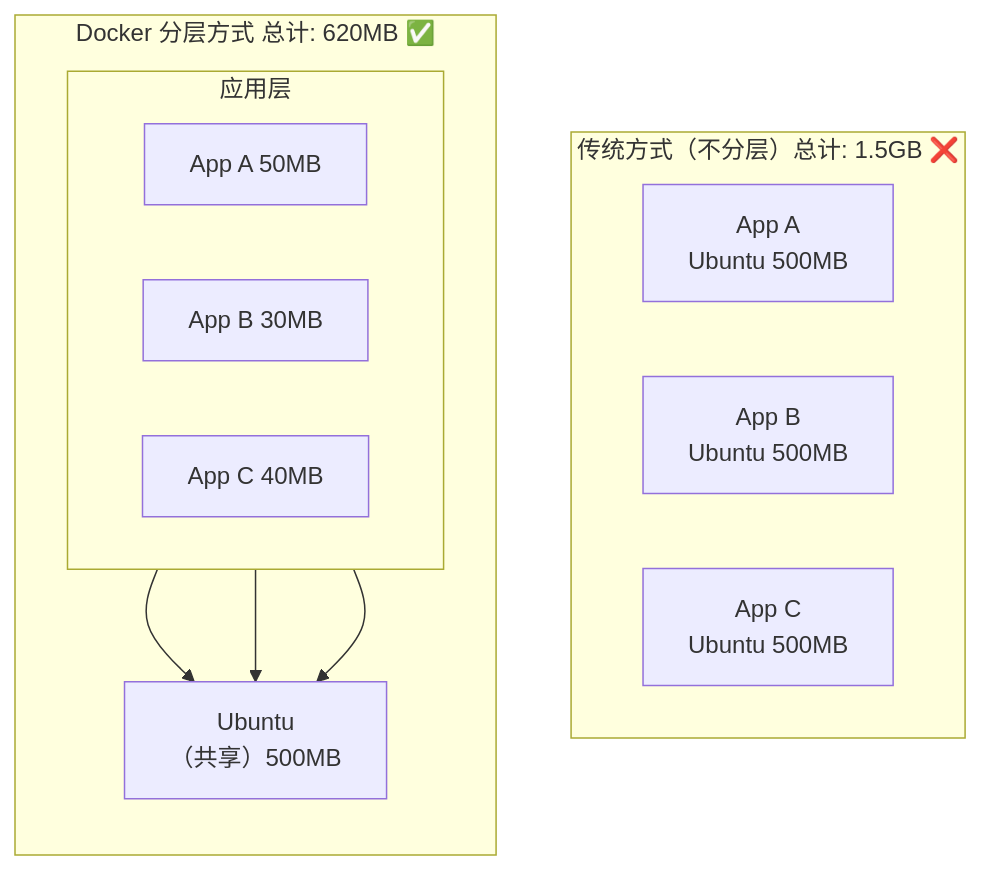
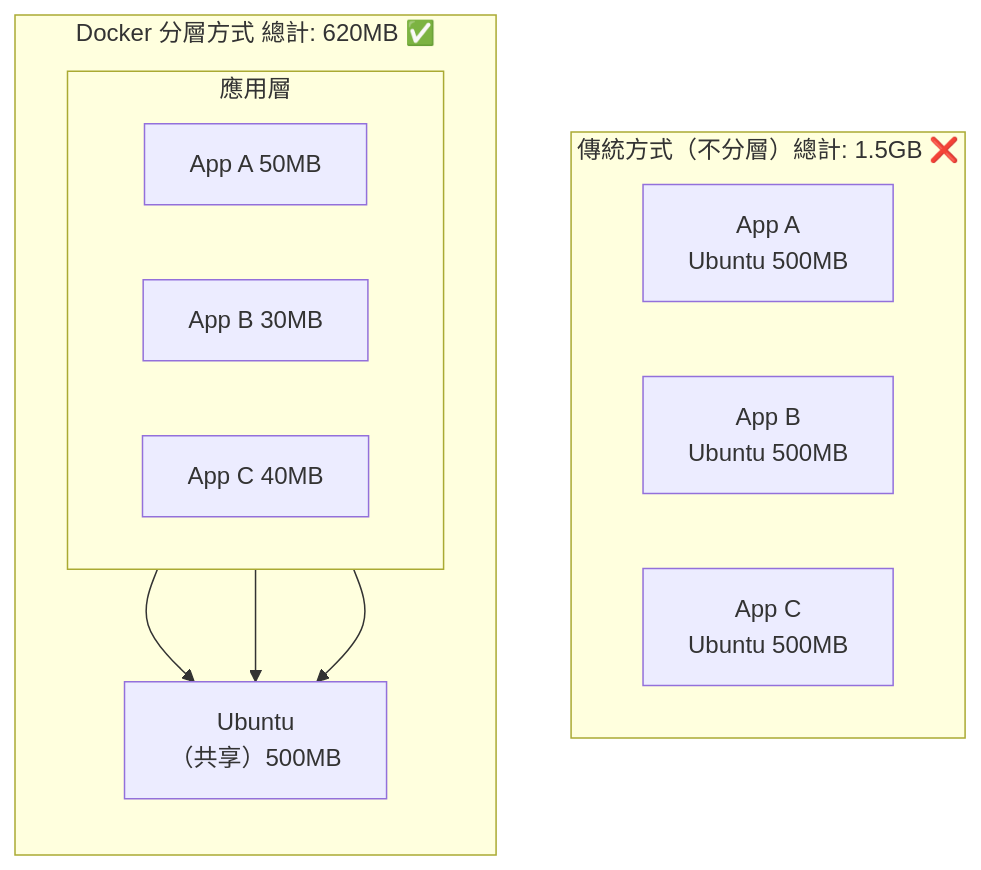
The second of 3 diagrams in 02_basic_concept/2.1_image.md (alexkuoecity/docker-practice-master-zh-tw), drawn with Mermaid before and after one commit. The commit also changed other lines of this file and 200 other files, not shown here.

````diff
--- a/02_basic_concept/2.1_image.md
+++ b/02_basic_concept/2.1_image.md
@@ -61,24 +61,24 @@
 ```mermaid
 flowchart TD
-    subgraph Traditional ["传统方式（不分层）总计: 1.5GB ❌"]
+    subgraph Traditional ["傳統方式（不分層）總計: 1.5GB ❌"]
         direction LR
         AppA_Trad["App A<br/>Ubuntu 500MB"]
         AppB_Trad["App B<br/>Ubuntu 500MB"]
         AppC_Trad["App C<br/>Ubuntu 500MB"]
     end
 
-    subgraph DockerLayered ["Docker 分层方式 总计: 620MB ✅"]
+    subgraph DockerLayered ["Docker 分層方式 總計: 620MB ✅"]
         direction TB
-        subgraph Apps ["应用层"]
+        subgraph Apps ["應用層"]
             direction LR
             AppA["App A 50MB"]
             AppB["App B 30MB"]
             AppC["App C 40MB"]
         end
         Ubuntu["Ubuntu<br/>（共享）500MB"]
 
         AppA --> Ubuntu
         AppB --> Ubuntu
         AppC --> Ubuntu
     end
 ```
````
